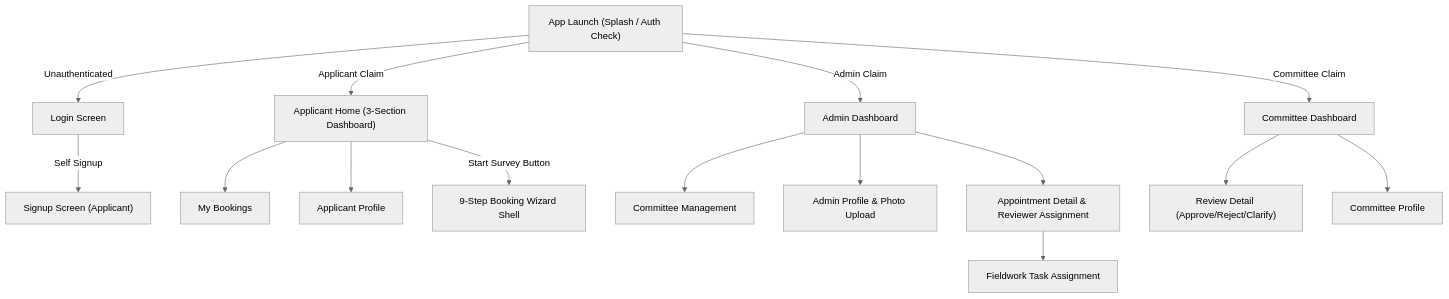
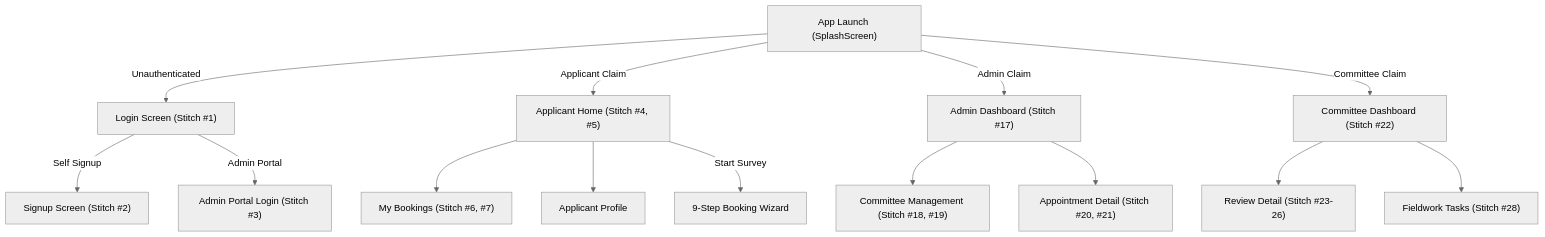
The second of 2 diagrams in brain/modules_frontend.md (coe-sensrs/survey_booking_flutter), drawn with Mermaid (neutral theme) before and after one commit. The commit also changed other lines of this file and 44 other files, not shown here.

````diff
--- a/brain/modules_frontend.md
+++ b/brain/modules_frontend.md
@@ -11,21 +40,20 @@
 ```mermaid
 graph TD
-    Root["App Launch (Splash / Auth Check)"]
-    Root -->|Unauthenticated| Login["Login Screen"]
-    Login -->|Self Signup| Signup["Signup Screen (Applicant)"]
+    Root["App Launch (SplashScreen)"]
+    Root -->|Unauthenticated| Login["Login Screen (Stitch #1)"]
+    Login -->|Self Signup| Signup["Signup Screen (Stitch #2)"]
+    Login -->|Admin Portal| AdminLogin["Admin Portal Login (Stitch #3)"]
 
-    Root -->|Applicant Claim| AppHome["Applicant Home (3-Section Dashboard)"]
-    AppHome --> BookingsTab["My Bookings"]
+    Root -->|Applicant Claim| AppHome["Applicant Home (Stitch #4, #5)"]
+    AppHome --> BookingsTab["My Bookings (Stitch #6, #7)"]
     AppHome --> AppProfile["Applicant Profile"]
-    AppHome -->|Start Survey Button| Wizard["9-Step Booking Wizard Shell"]
+    AppHome -->|Start Survey| Wizard["9-Step Booking Wizard"]
 
-    Root -->|Admin Claim| AdminDash["Admin Dashboard"]
-    AdminDash --> CommitteeMgmt["Committee Management"]
-    AdminDash --> AdminProfile["Admin Profile & Photo Upload"]
-    AdminDash --> AdminDetail["Appointment Detail & Reviewer Assignment"]
-    AdminDetail --> TaskAssign["Fieldwork Task Assignment"]
+    Root -->|Admin Claim| AdminDash["Admin Dashboard (Stitch #17)"]
+    AdminDash --> CommitteeMgmt["Committee Management (Stitch #18, #19)"]
+    AdminDash --> AdminDetail["Appointment Detail (Stitch #20, #21)"]
 
-    Root -->|Committee Claim| CommDash["Committee Dashboard"]
-    CommDash --> CommReview["Review Detail (Approve/Reject/Clarify)"]
-    CommDash --> CommProfile["Committee Profile"]
+    Root -->|Committee Claim| CommDash["Committee Dashboard (Stitch #22)"]
+    CommDash --> CommReview["Review Detail (Stitch #23-26)"]
+    CommDash --> TaskQueue["Fieldwork Tasks (Stitch #28)"]
 ```
````
